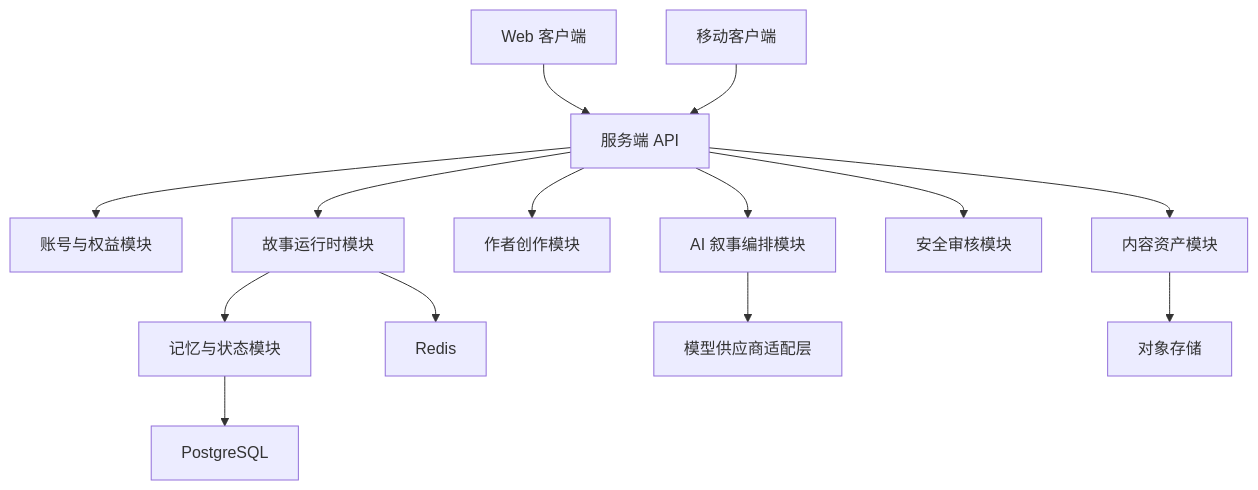
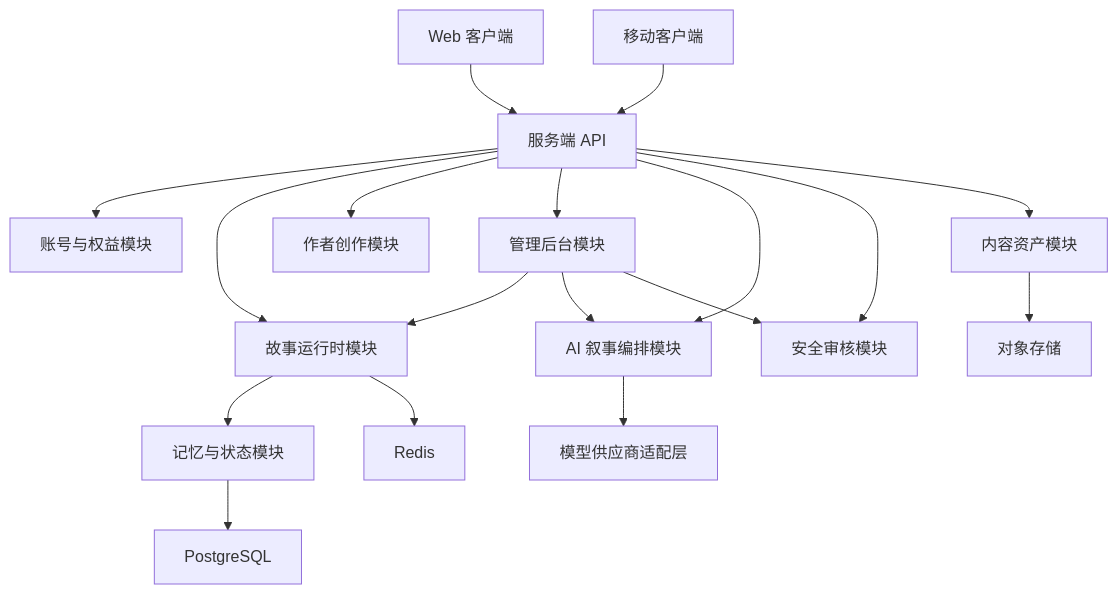
One commit to dreamsxin/InStory changed the diagram in docs/ARCHITECTURE.md. Above: the diagram before and after it, drawn with Mermaid. The commit also changed other lines of this file and 8 other files, not shown here.

Commit message:
feat: add admin api foundation

````diff
--- a/docs/ARCHITECTURE.md
+++ b/docs/ARCHITECTURE.md
@@ -14,18 +15,22 @@
 ```mermaid
 flowchart TD
     Web["Web 客户端"] --> API["服务端 API"]
     Mobile["移动客户端"] --> API
 
     API --> Auth["账号与权益模块"]
     API --> Story["故事运行时模块"]
     API --> Creator["作者创作模块"]
+    API --> Admin["管理后台模块"]
     API --> AI["AI 叙事编排模块"]
     API --> Safety["安全审核模块"]
     API --> Asset["内容资产模块"]
 
     Story --> Memory["记忆与状态模块"]
     AI --> LLM["模型供应商适配层"]
+    Admin --> Story
+    Admin --> AI
+    Admin --> Safety
     Memory --> DB["PostgreSQL"]
     Story --> Cache["Redis"]
     Asset --> ObjectStore["对象存储"]
 ```
````
